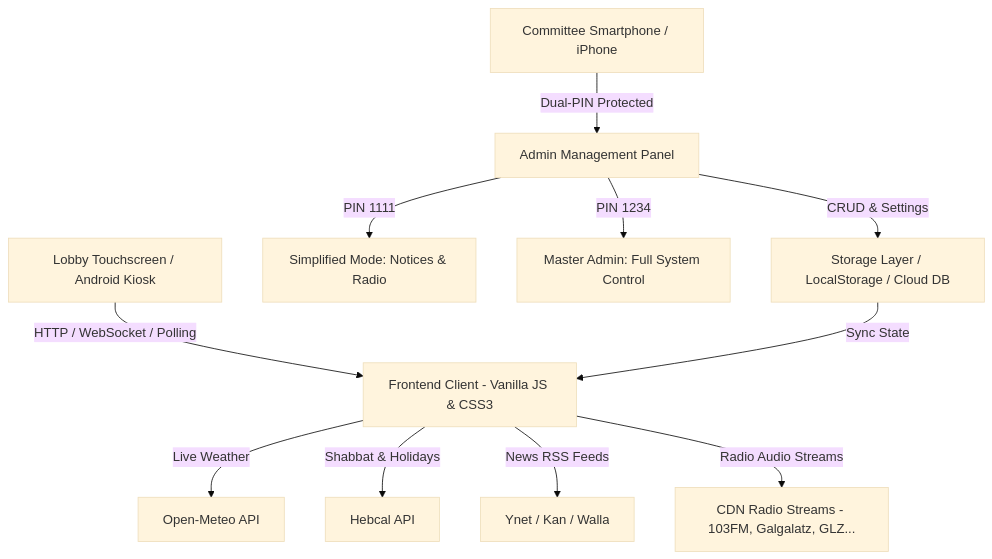
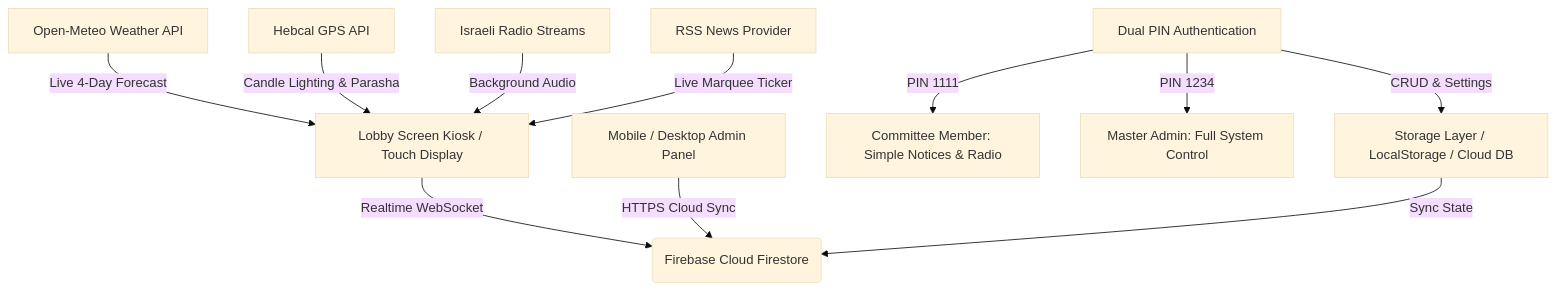
Before and after one commit to omerninyo/smart-lobby: the diagram in README.md, drawn with Mermaid (base theme). The commit also changed other lines of this file, not shown here.

````diff
--- a/README.md
+++ b/README.md
@@ -129,14 +115,13 @@
 ```mermaid
 graph TD
-    A[Lobby Touchscreen / Android Kiosk] -->|HTTP / WebSocket / Polling| B[Frontend Client - Vanilla JS & CSS3]
-    B -->|Live Weather| C[Open-Meteo API]
-    B -->|Shabbat & Holidays| D[Hebcal API]
-    B -->|News RSS Feeds| E[Ynet / Kan / Walla]
-    B -->|Radio Audio Streams| F[CDN Radio Streams - 103FM, Galgalatz, GLZ...]
-    
-    G[Committee Smartphone / iPhone] -->|Dual-PIN Protected| H[Admin Management Panel]
-    H -->|PIN 1111| H1[Simplified Mode: Notices & Radio]
+    A[Lobby Screen Kiosk / Touch Display] -->|Realtime WebSocket| B(Firebase Cloud Firestore)
+    C[Open-Meteo Weather API] -->|Live 4-Day Forecast| A
+    D[Hebcal GPS API] -->|Candle Lighting & Parasha| A
+    E[Israeli Radio Streams] -->|Background Audio| A
+    F[RSS News Provider] -->|Live Marquee Ticker| A
+    G[Mobile / Desktop Admin Panel] -->|HTTPS Cloud Sync| B
+    H[Dual PIN Authentication] -->|PIN 1111| H1[Committee Member: Simple Notices & Radio]
     H -->|PIN 1234| H2[Master Admin: Full System Control]
     H -->|CRUD & Settings| I[Storage Layer / LocalStorage / Cloud DB]
     I -->|Sync State| B
 ```
````
